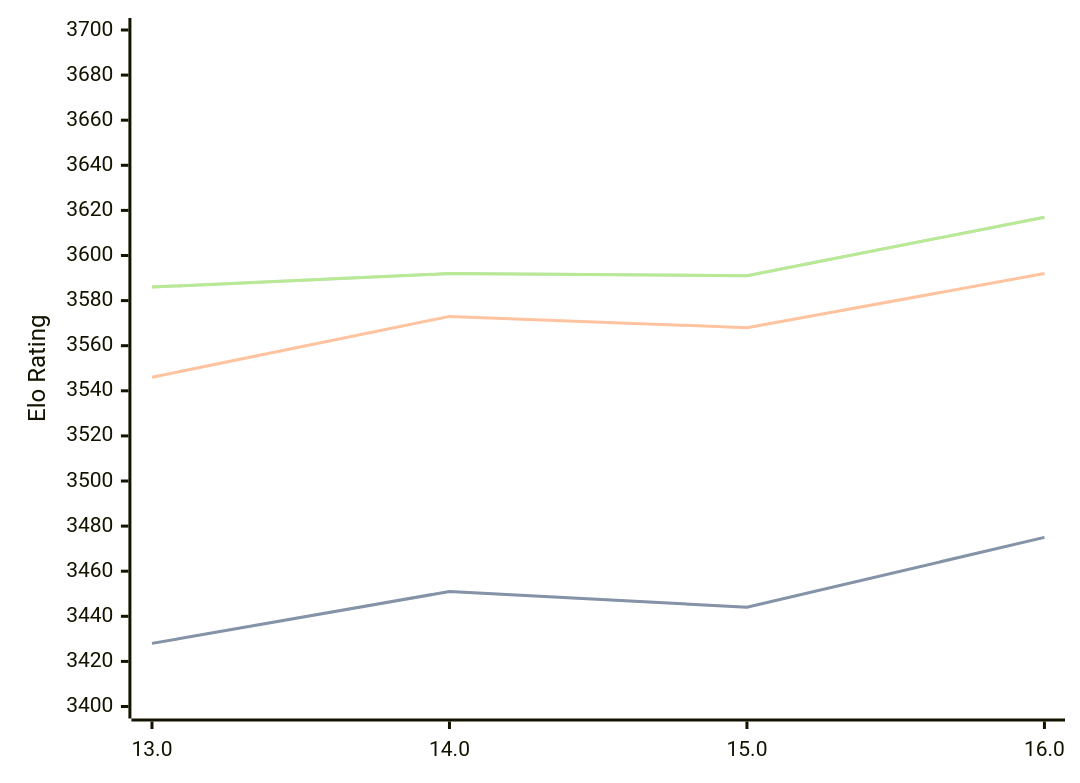
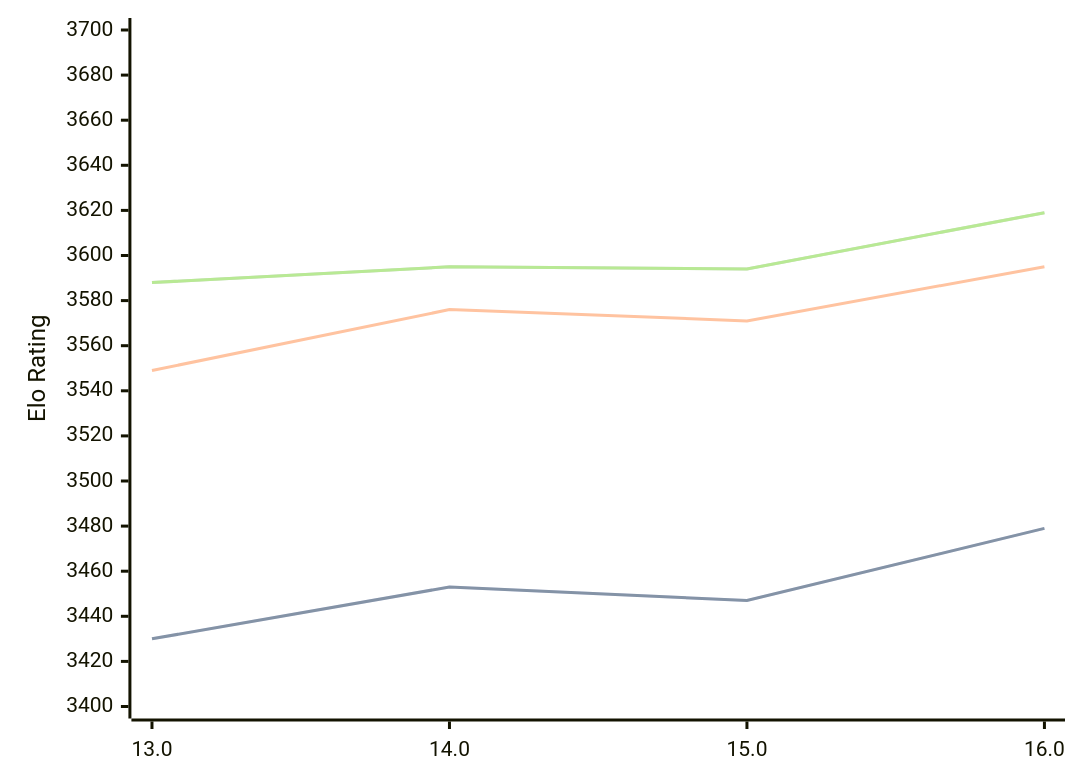
One commit to computer-chess-index/cci changed the diagram in engines/Obsidian.md. Above: the diagram before and after it, drawn with Mermaid. The commit also changed other lines of this file, not shown here.

Commit message:
Update CCI Ratings (ELO VLTC) - 2026-02-20

````diff
--- a/engines/Obsidian.md
+++ b/engines/Obsidian.md
@@ -40,11 +40,11 @@
 ```mermaid
 %%{init: {"theme":"base","themeVariables":{"seriesColors:['#a3a3a3','#222221','#faa371']}}}%%
 xychart-beta
   x-axis ["13.0", "14.0", "15.0", "16.0"]
   y-axis "Elo Rating" 3400 --> 3700
-  line "STC (8.0+0.08s)" [3428, 3451, 3444, 3475]
-  line "STC (8.0+0.08s)" [3428, 3451, 3444, 3475]
-  line "LTC (60.0+0.60s)" [3546, 3573, 3568, 3592]
-  line "VLTC (2m24s+1.12s)" [3586, 3592, 3591, 3617]
-  line "VLTC (2m24s+1.12s)" [3586, 3592, 3591, 3617]
+  line "STC (8.0+0.08s)" [3430, 3453, 3447, 3479]
+  line "STC (8.0+0.08s)" [3430, 3453, 3447, 3479]
+  line "LTC (60.0+0.60s)" [3549, 3576, 3571, 3595]
+  line "VLTC (2m24s+1.12s)" [3588, 3595, 3594, 3619]
+  line "VLTC (2m24s+1.12s)" [3588, 3595, 3594, 3619]
 ```
````
